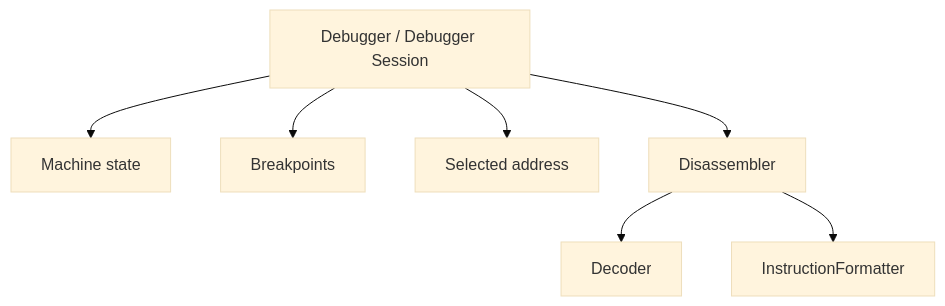
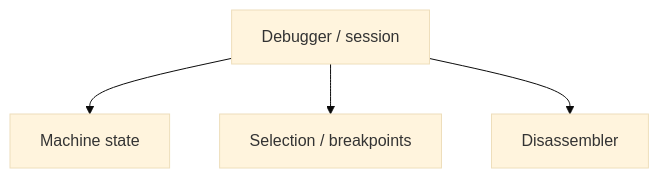
The second of 2 diagrams in docs/architecture/disassembly.md (fa-ribeiro/Chip8NX), drawn with Mermaid (base theme) before and after one commit. The commit also changed other lines of this file and 15 other files, not shown here.

````diff
--- a/docs/architecture/disassembly.md
+++ b/docs/architecture/disassembly.md
@@ -555,17 +360,11 @@
 ```mermaid
 flowchart TD
-    Debugger["Debugger / Debugger Session"]
-
+    Debugger["Debugger / session"]
     Machine["Machine state"]
-    Breakpoints["Breakpoints"]
-    Selection["Selected address"]
+    Selection["Selection / breakpoints"]
     Disassembler["Disassembler"]
 
     Debugger --> Machine
-    Debugger --> Breakpoints
     Debugger --> Selection
     Debugger --> Disassembler
-
-    Disassembler --> Decoder["Decoder"]
-    Disassembler --> Formatter["InstructionFormatter"]
 ```
````
